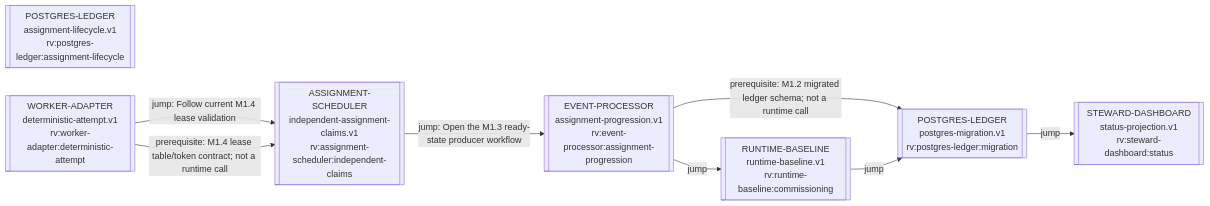
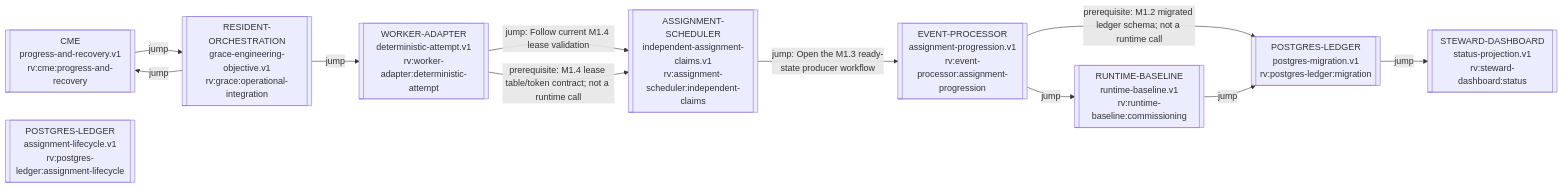
One commit to ppow1/Riverview- changed the diagram in process_graphs/generated/RIVERVIEW_PROCESS_GRAPH.md. Above: the diagram before and after it, drawn with Mermaid. The commit also changed other lines of this file and 93 other files, not shown here.

````diff
--- a/process_graphs/generated/RIVERVIEW_PROCESS_GRAPH.md
+++ b/process_graphs/generated/RIVERVIEW_PROCESS_GRAPH.md
@@ -9,17 +9,22 @@
 ```mermaid
 flowchart LR
   g_rv_assignment_scheduler_independent_claims_88bd80c4[["ASSIGNMENT-SCHEDULER<br/>independent-assignment-claims.v1<br/>rv:assignment-scheduler:independent-claims"]]
+  g_rv_cme_progress_and_recovery_402efffa[["CME<br/>progress-and-recovery.v1<br/>rv:cme:progress-and-recovery"]]
   g_rv_event_processor_assignment_progression_fa10db2d[["EVENT-PROCESSOR<br/>assignment-progression.v1<br/>rv:event-processor:assignment-progression"]]
+  g_rv_grace_operational_integration_9989f0be[["RESIDENT-ORCHESTRATION<br/>grace-engineering-objective.v1<br/>rv:grace:operational-integration"]]
   g_rv_postgres_ledger_assignment_lifecycle_a9a01b67[["POSTGRES-LEDGER<br/>assignment-lifecycle.v1<br/>rv:postgres-ledger:assignment-lifecycle"]]
   g_rv_postgres_ledger_migration_4c89ef23[["POSTGRES-LEDGER<br/>postgres-migration.v1<br/>rv:postgres-ledger:migration"]]
   g_rv_runtime_baseline_commissioning_46ff1ccf[["RUNTIME-BASELINE<br/>runtime-baseline.v1<br/>rv:runtime-baseline:commissioning"]]
   g_rv_steward_dashboard_status_75f7c259[["STEWARD-DASHBOARD<br/>status-projection.v1<br/>rv:steward-dashboard:status"]]
   g_rv_worker_adapter_deterministic_attempt_15d59b6f[["WORKER-ADAPTER<br/>deterministic-attempt.v1<br/>rv:worker-adapter:deterministic-attempt"]]
   g_rv_assignment_scheduler_independent_claims_88bd80c4 -->|jump: Open the M1.3 ready-state producer workflow| g_rv_event_processor_assignment_progression_fa10db2d
+  g_rv_cme_progress_and_recovery_402efffa -->|jump| g_rv_grace_operational_integration_9989f0be
   g_rv_event_processor_assignment_progression_fa10db2d -->|prerequisite: M1.2 migrated ledger schema; not a runtime call| g_rv_postgres_ledger_migration_4c89ef23
   g_rv_event_processor_assignment_progression_fa10db2d -->|jump| g_rv_runtime_baseline_commissioning_46ff1ccf
+  g_rv_grace_operational_integration_9989f0be -->|jump| g_rv_worker_adapter_deterministic_attempt_15d59b6f
+  g_rv_grace_operational_integration_9989f0be -->|jump| g_rv_cme_progress_and_recovery_402efffa
   g_rv_postgres_ledger_migration_4c89ef23 -->|jump| g_rv_steward_dashboard_status_75f7c259
   g_rv_runtime_baseline_commissioning_46ff1ccf -->|jump| g_rv_postgres_ledger_migration_4c89ef23
   g_rv_worker_adapter_deterministic_attempt_15d59b6f -->|jump: Follow current M1.4 lease validation| g_rv_assignment_scheduler_independent_claims_88bd80c4
   g_rv_worker_adapter_deterministic_attempt_15d59b6f -->|prerequisite: M1.4 lease table/token contract; not a runtime call| g_rv_assignment_scheduler_independent_claims_88bd80c4
 ```
````
